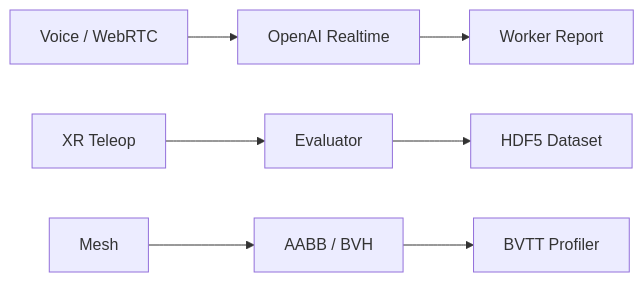
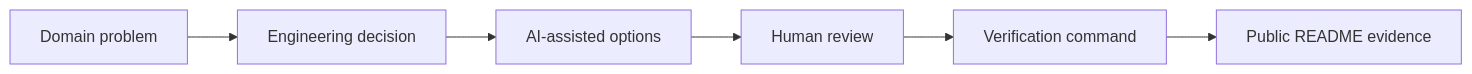
One commit to FrogRim/FrogRim.github.io changed the diagram in profile-readme.md. Above: the diagram before and after it, drawn with Mermaid. The commit also changed other lines of this file and 5 other files, not shown here.

````diff
--- a/profile-readme.md
+++ b/profile-readme.md
@@ -29,9 +48,8 @@
 ```mermaid
 flowchart LR
-  A["Voice / WebRTC"] --> B["OpenAI Realtime"]
-  B --> C["Worker Report"]
-  D["XR Teleop"] --> E["Evaluator"]
-  E --> F["HDF5 Dataset"]
-  G["Mesh"] --> H["AABB / BVH"]
-  H --> I["BVTT Profiler"]
+  A["Domain problem"] --> B["Engineering decision"]
+  B --> C["AI-assisted options"]
+  C --> D["Human review"]
+  D --> E["Verification command"]
+  E --> F["Public README evidence"]
 ```
````
